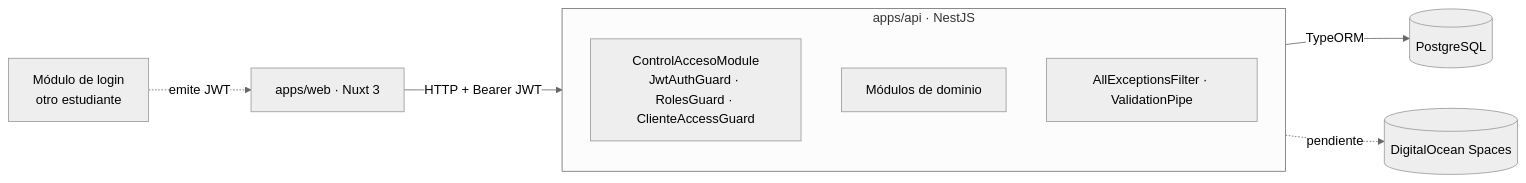
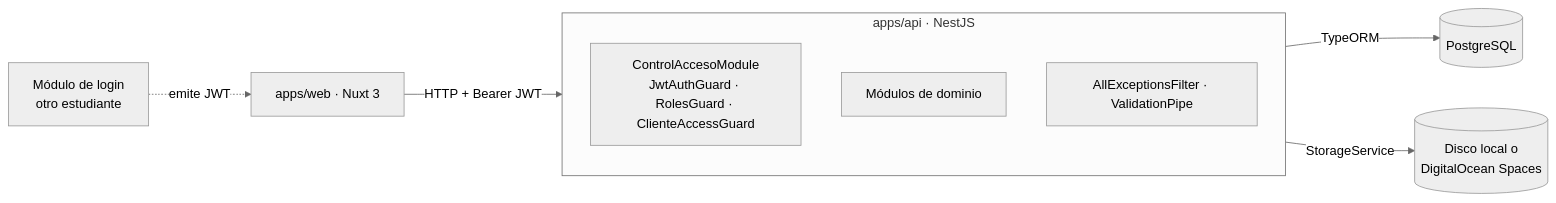
The first of 2 diagrams in docs/arquitectura.md (Isaac-Hernandez-A/h3ga-backend), drawn with Mermaid (neutral theme) before and after one commit. The commit also changed other lines of this file and 8 other files, not shown here.

````diff
--- a/docs/arquitectura.md
+++ b/docs/arquitectura.md
@@ -14,12 +14,12 @@
 ```mermaid
 flowchart LR
   Web[apps/web · Nuxt 3] -->|HTTP + Bearer JWT| API
   subgraph API[apps/api · NestJS]
     G[ControlAccesoModule<br/>JwtAuthGuard · RolesGuard · ClienteAccessGuard]
     M[Módulos de dominio]
     F[AllExceptionsFilter · ValidationPipe]
   end
   API -->|TypeORM| DB[(PostgreSQL)]
-  API -.->|pendiente| SP[(DigitalOcean Spaces)]
+  API -->|StorageService| SP[(Disco local o<br/>DigitalOcean Spaces)]
   Login[Módulo de login<br/>otro estudiante] -.->|emite JWT| Web
 ```
````
